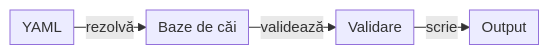
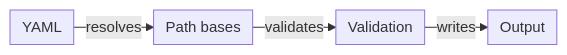
Before and after one commit to crististefanita/atf_j0: the second of 6 diagrams in docs/ATF_Build_And_Execution_Safety.md, drawn with Mermaid. The commit also changed other lines of this file and 113 other files, not shown here.

````diff
--- a/docs/ATF_Build_And_Execution_Safety.md
+++ b/docs/ATF_Build_And_Execution_Safety.md
@@ -67,7 +74,7 @@
 ```mermaid
 %%{init: {"themeVariables":{"fontSize":"15px"},"themeCSS":".nodeLabel, .nodeLabel p { font-size: 15px !important; line-height: 1.35 !important; } .edgeLabel, .edgeLabel p { font-size: 12px !important; font-weight: 400 !important; line-height: 1.2 !important; } .edgeLabel .labelBkg, .edgeLabel p { background: transparent !important; } .edgeLabel foreignObject { transform: translateY(-18px); overflow: visible; } .node rect { rx: 6px; ry: 6px; }","flowchart":{"curve":"linear","nodeSpacing":24,"rankSpacing":24,"padding":6,"diagramPadding":20}}}%%
 flowchart LR
-    Yaml["YAML"] -->|rezolvă| Base["Baze de căi"]
-    Base -->|validează| Validate["Validare"]
-    Validate -->|scrie| Output["Output"]
+    Yaml["YAML"] -->|resolves| Base["Path bases"]
+    Base -->|validates| Validate["Validation"]
+    Validate -->|writes| Output["Output"]
 ```
````
